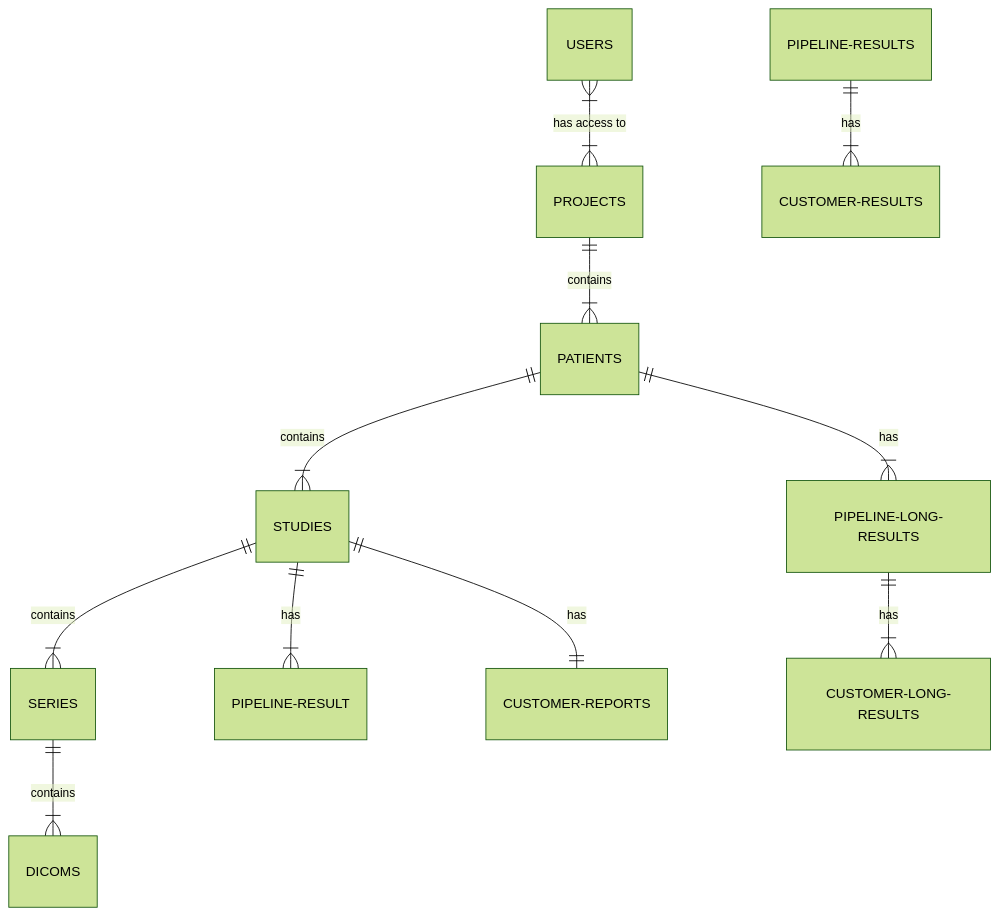
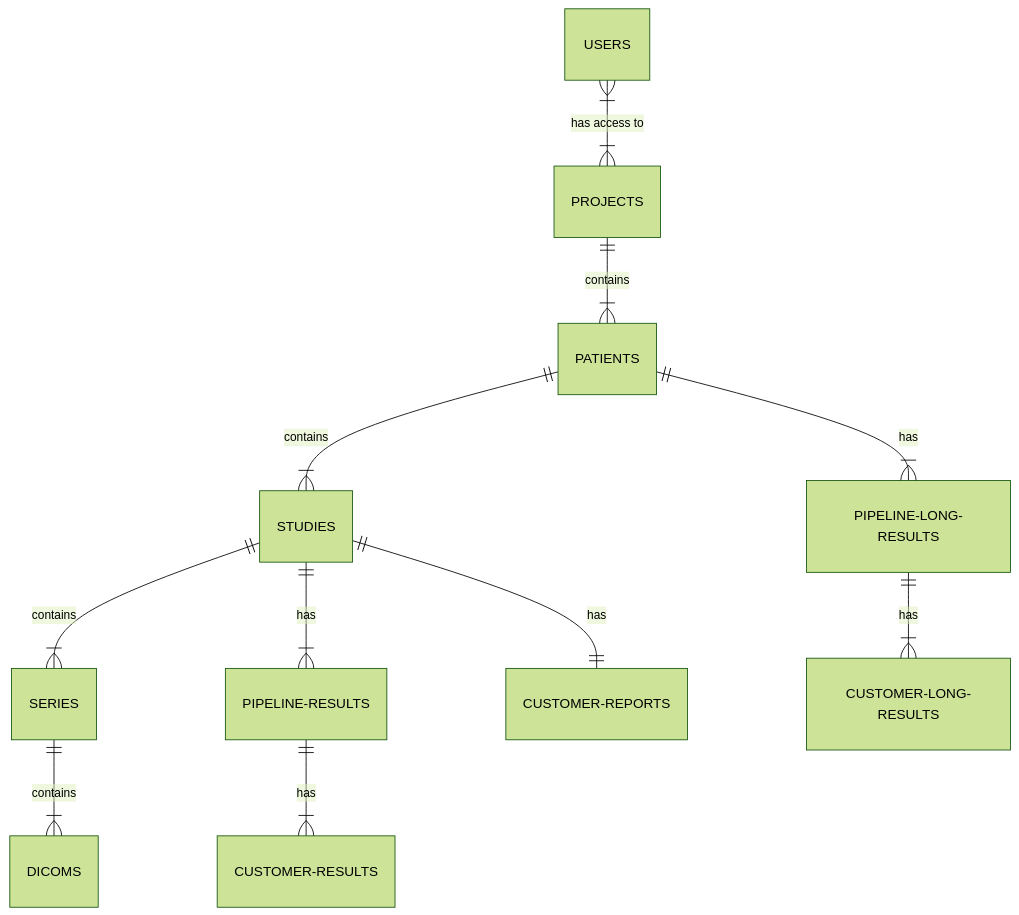
The diagram in docs/developer_guide/model_relations.mmd (icometrix/icometrix-sdk), drawn with Mermaid (forest theme) before and after one commit. The commit also changed 6 other files, not shown here.

```diff
--- a/docs/developer_guide/model_relations.mmd
+++ b/docs/developer_guide/model_relations.mmd
@@ -1,11 +1,11 @@
 erDiagram
    USERS }|--|{ PROJECTS : "has access to"
    PROJECTS ||--|{ PATIENTS : contains
    PATIENTS ||--|{ STUDIES : contains
    STUDIES ||--|{ SERIES : contains
    SERIES ||--|{ DICOMS : contains
-   STUDIES ||--|{ PIPELINE-RESULT : has
+   STUDIES ||--|{ PIPELINE-RESULTS : has
    PIPELINE-RESULTS ||--|{ CUSTOMER-RESULTS : has
    PATIENTS ||--|{ PIPELINE-LONG-RESULTS : has
    PIPELINE-LONG-RESULTS ||--|{ CUSTOMER-LONG-RESULTS : has
    STUDIES ||--|| CUSTOMER-REPORTS : has
```
